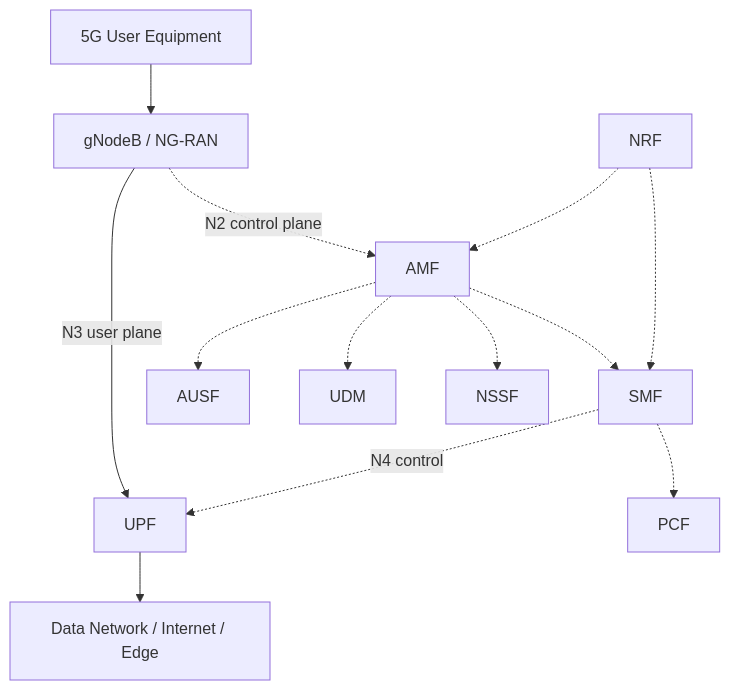
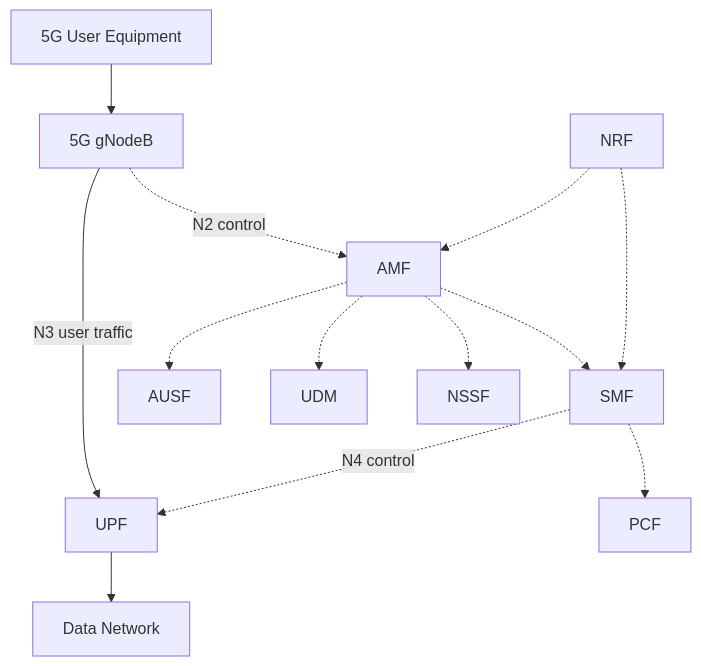
The seventh of 13 diagrams in README-5G-6G-FCAPS.md (julietarubis/mobile-network-generations), drawn with Mermaid before and after one commit. The commit also changed other lines of this file, not shown here.

````diff
--- a/README-5G-6G-FCAPS.md
+++ b/README-5G-6G-FCAPS.md
@@ -179,15 +200,15 @@
 ```mermaid
 flowchart TB
-    UE[5G User Equipment] --> GNB[gNodeB / NG-RAN]
-    GNB -.->|N2 control plane| AMF[AMF]
-    GNB -->|N3 user plane| UPF[UPF]
-    AMF -.-> SMF[SMF]
-    SMF -.->|N4 control| UPF
-    UPF --> DN[Data Network / Internet / Edge]
-    AMF -.-> AUSF[AUSF]
-    AMF -.-> UDM[UDM]
-    AMF -.-> NSSF[NSSF]
-    SMF -.-> PCF[PCF]
-    NRF[NRF] -.-> AMF
-    NRF -.-> SMF
+  UE["5G User Equipment"] --> GNB["5G gNodeB"]
+  GNB -.->|"N2 control"| AMF["AMF"]
+  GNB -->|"N3 user traffic"| UPF["UPF"]
+  AMF -.-> SMF["SMF"]
+  SMF -.->|"N4 control"| UPF
+  UPF --> DN["Data Network"]
+  AMF -.-> AUSF["AUSF"]
+  AMF -.-> UDM["UDM"]
+  AMF -.-> NSSF["NSSF"]
+  SMF -.-> PCF["PCF"]
+  NRF["NRF"] -.-> AMF
+  NRF -.-> SMF
 ```
````
